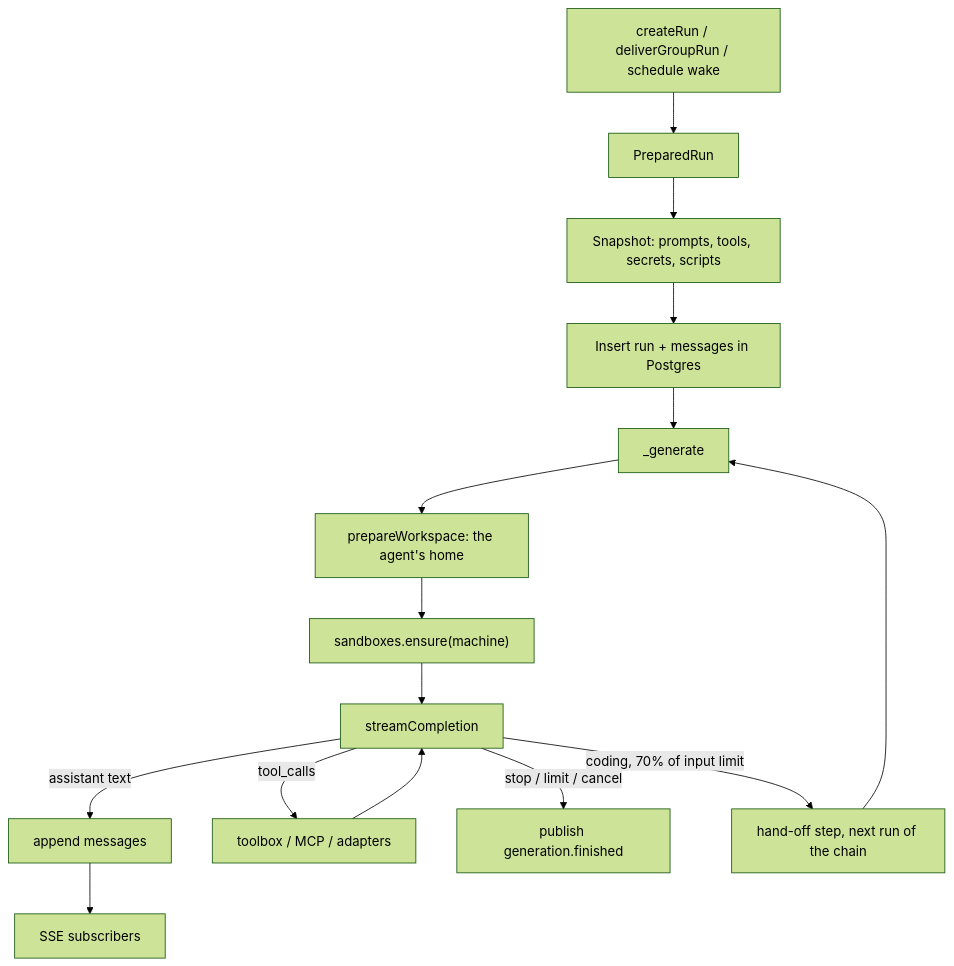
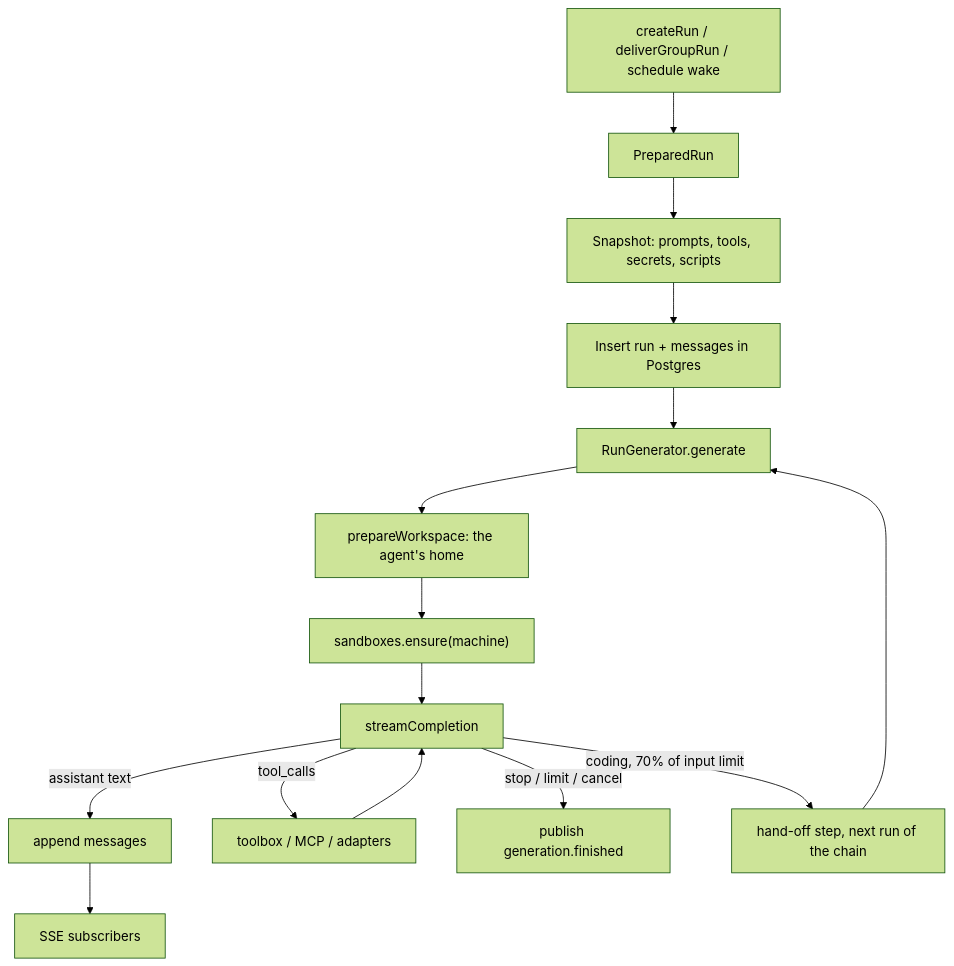
One commit to CigaleAI/guilds changed the third of 3 diagrams in docs/architecture/orchestrator.md. Above: the diagram before and after it, drawn with Mermaid (forest theme). The commit also changed 11 other files, not shown here.

First line of the commit message:
Generate runs from generation/generate.ts and hand off a coding run's chain from generation/chain.ts, each step a named method over one generation record

````diff
--- a/docs/architecture/orchestrator.md
+++ b/docs/architecture/orchestrator.md
@@ -282,17 +282,17 @@
 ```mermaid
 flowchart TD
   Start["createRun / deliverGroupRun / schedule wake"] --> Prep["PreparedRun"]
   Prep --> Snap["Snapshot: prompts, tools, secrets, scripts"]
   Snap --> Persist["Insert run + messages in Postgres"]
-  Persist --> Loop["_generate"]
+  Persist --> Loop["RunGenerator.generate"]
   Loop --> WS["prepareWorkspace: the agent's home"]
   WS --> Box["sandboxes.ensure(machine)"]
   Box --> Step["streamCompletion"]
   Step -->|assistant text| Save["append messages"]
   Step -->|tool_calls| Tools["toolbox / MCP / adapters"]
   Tools --> Step
   Step -->|stop / limit / cancel| Done["publish generation.finished"]
   Step -->|coding, 70% of input limit| Handoff["hand-off step, next run of the chain"]
   Handoff --> Loop
   Save --> SSE["SSE subscribers"]
 ```
````
